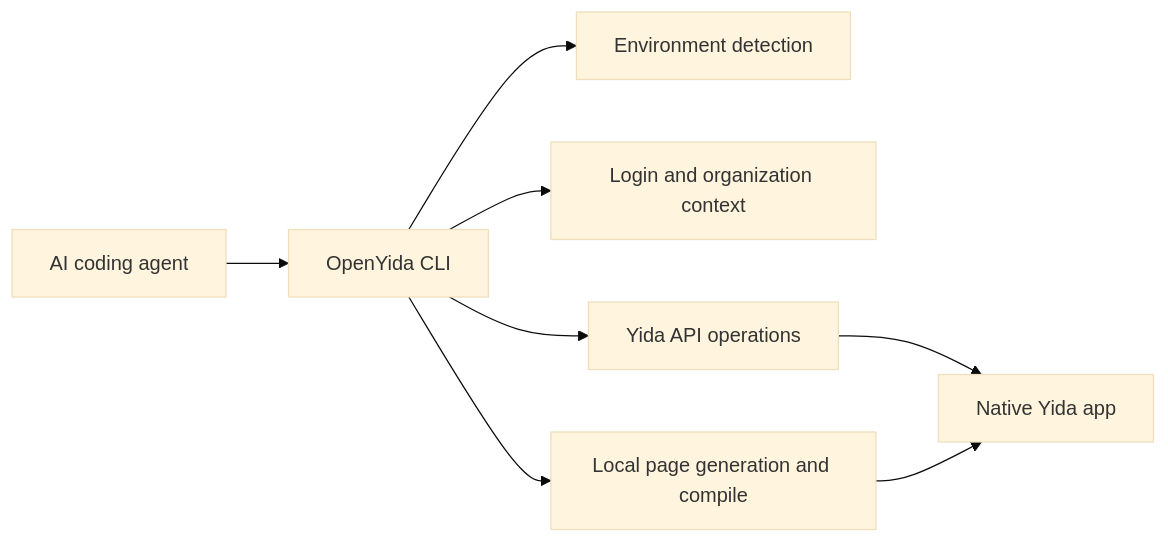
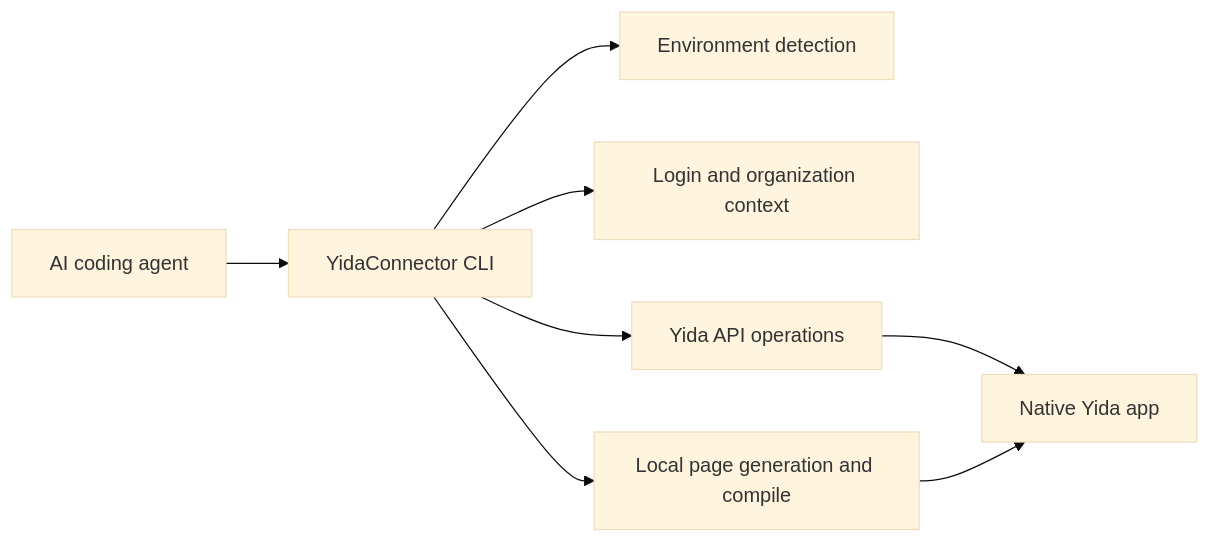
One commit to bunnyrui/yidaconnector changed the diagram in README.md. Above: the diagram before and after it, drawn with Mermaid (base theme). The commit also changed other lines of this file and 4 other files, not shown here.

````diff
--- a/README.md
+++ b/README.md
@@ -139,10 +139,10 @@
 ```mermaid
 flowchart LR
-  A["AI coding agent"] --> B["OpenYida CLI"]
+  A["AI coding agent"] --> B["YidaConnector CLI"]
   B --> C["Environment detection"]
   B --> D["Login and organization context"]
   B --> E["Yida API operations"]
   B --> F["Local page generation and compile"]
   E --> G["Native Yida app"]
   F --> G
 ```
````
